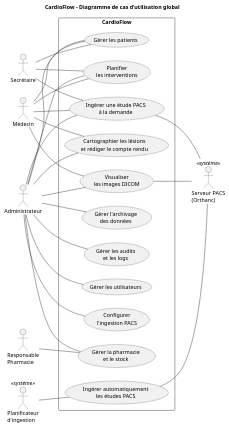
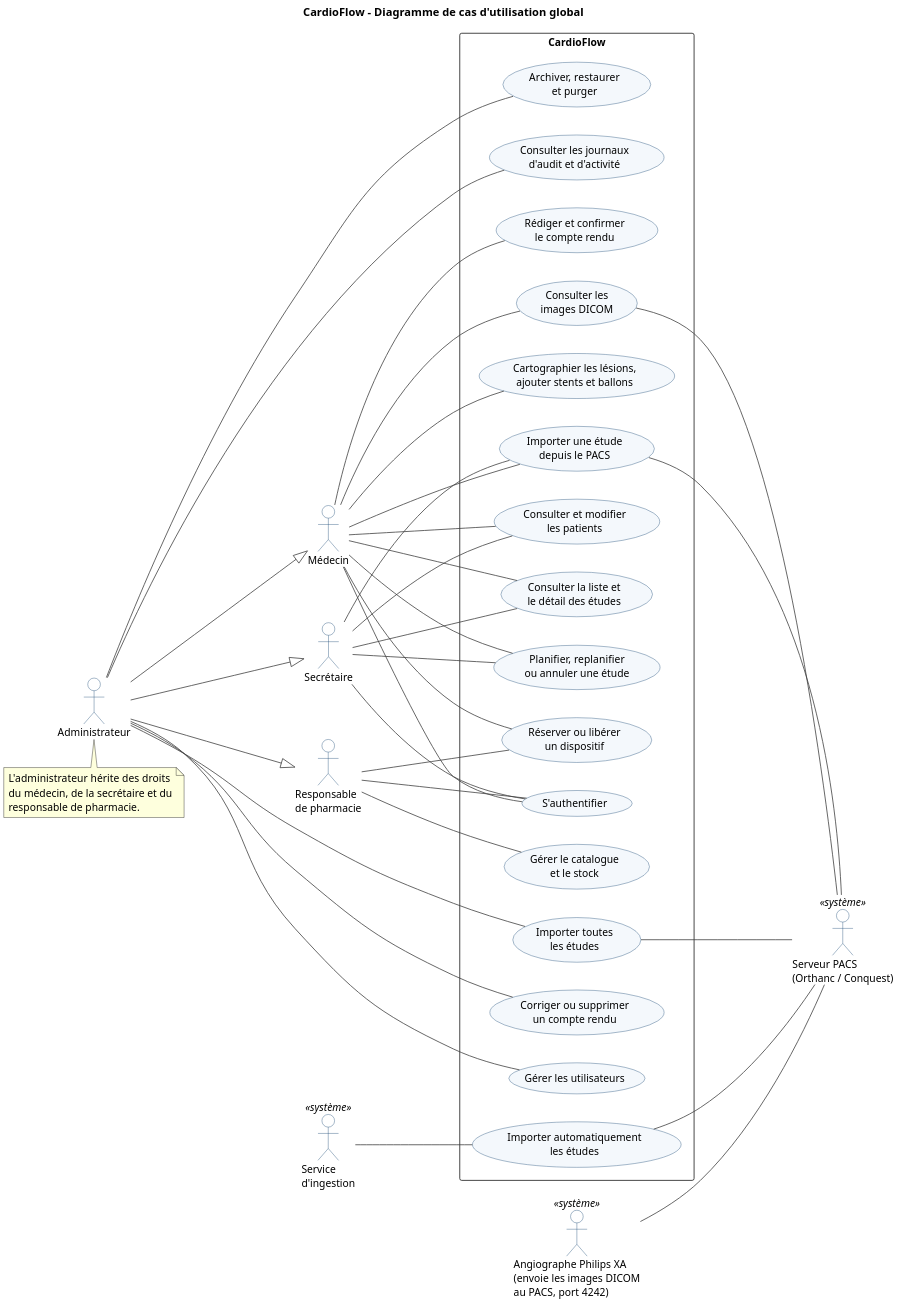
The diagram in docs/usecase.puml (Salma-Ben-Saida/CardioFlow), drawn with PlantUML before and after one commit. The commit also changed 15 other files, not shown here.

Commit message:
Update diagrams

```diff
--- a/docs/usecase.puml
+++ b/docs/usecase.puml
@@ -1,66 +1,99 @@
 @startuml "usecase-global"
 left to right direction
+skinparam shadowing false
+skinparam dpi 200
+skinparam defaultFontName Arial
+skinparam defaultFontSize 13
+skinparam nodesep 35
+skinparam ranksep 140
 skinparam packageStyle rectangle
-skinparam shadowing false
+skinparam usecase {
+  BackgroundColor #F4F8FC
+  BorderColor #1F4E79
+}
+skinparam actor {
+  BackgroundColor #FFFFFF
+  BorderColor #1F4E79
+}
+skinparam ArrowColor #404040
 title CardioFlow – Diagramme de cas d'utilisation global
 
-' ===== Acteurs principaux =====
 actor "Médecin" as Medecin
 actor "Secrétaire" as Secretaire
-actor "Responsable\nPharmacie" as Pharmacien
+actor "Responsable\nde pharmacie" as Pharmacien
 actor "Administrateur" as Admin
-actor "Planificateur\nd'ingestion" as Worker <<système>>
 
-' ===== Acteur secondaire =====
-actor "Serveur PACS\n(Orthanc)" as Orthanc <<système>>
+actor "Angiographe Philips XA\n(envoie les images DICOM\nau PACS, port 4242)" as Angio <<système>>
+actor "Serveur PACS\n(Orthanc / Conquest)" as Pacs <<système>>
+actor "Service\nd'ingestion" as Worker <<système>>
+
+' L'administrateur dispose des droits des trois autres rôles
+Admin --|> Medecin
+Admin --|> Secretaire
+Admin --|> Pharmacien
 
 rectangle "CardioFlow" {
-  usecase "Gérer les patients" as UC1
-  usecase "Planifier\nles interventions" as UC2
-  usecase "Ingérer une étude PACS\nà la demande" as UC3
-  usecase "Ingérer automatiquement\nles études PACS" as UC4
-  usecase "Visualiser\nles images DICOM" as UC5
-  usecase "Cartographier les lésions\net rédiger le compte rendu" as UC6
-  usecase "Gérer la pharmacie\net le stock" as UC7
-  usecase "Gérer les utilisateurs" as UC8
-  usecase "Configurer\nl'ingestion PACS" as UC9
-  usecase "Gérer l'archivage\ndes données" as UC10
-  usecase "Gérer les audits\net les logs" as UC11
+  usecase "S'authentifier" as UC0
+
+  usecase "Consulter et modifier\nles patients" as UC1
+  usecase "Consulter la liste et\nle détail des études" as UC2
+  usecase "Planifier, replanifier\nou annuler une étude" as UC3
+  usecase "Importer une étude\ndepuis le PACS" as UC4
+  usecase "Importer toutes\nles études" as UC5
+  usecase "Importer automatiquement\nles études" as UC6
+
+  usecase "Cartographier les lésions,\najouter stents et ballons" as UC7
+  usecase "Rédiger et confirmer\nle compte rendu" as UC8
+  usecase "Corriger ou supprimer\nun compte rendu" as UC9
+  usecase "Consulter les\nimages DICOM" as UC10
+
+  usecase "Gérer le catalogue\net le stock" as UC11
+  usecase "Réserver ou libérer\nun dispositif" as UC12
+
+  usecase "Gérer les utilisateurs" as UC13
+  usecase "Archiver, restaurer\net purger" as UC14
+  usecase "Consulter les journaux\nd'audit et d'activité" as UC15
 }
 
-' ===== Associations : Médecin =====
+' Acteurs humains (l'administrateur hérite des trois autres rôles)
+Pharmacien -- UC0
+Secretaire -- UC0
+Medecin -- UC0
+
+Secretaire -- UC1
+Secretaire -- UC2
+Secretaire -- UC3
+Secretaire -- UC4
+
+Medecin -- UC7
+Medecin -- UC8
+Medecin -- UC10
+Medecin -- UC12
 Medecin -- UC1
 Medecin -- UC2
 Medecin -- UC3
-Medecin -- UC5
-Medecin -- UC6
+Medecin -- UC4
 
-' ===== Associations : Secrétaire =====
-Secretaire -- UC1
-Secretaire -- UC2
-Secretaire -- UC3
+Pharmacien -- UC11
+Pharmacien -- UC12
 
-' ===== Associations : Responsable pharmacie =====
-Pharmacien -- UC7
+Admin -- UC5
+Admin -- UC9
+Admin -- UC13
+Admin -- UC14
+Admin -- UC15
 
-' ===== Associations : Administrateur =====
-Admin -- UC1
-Admin -- UC2
-Admin -- UC3
-Admin -- UC5
-Admin -- UC6
-Admin -- UC7
-Admin -- UC8
-Admin -- UC9
-Admin -- UC10
-Admin -- UC11
+' Systèmes externes
+Worker -- UC6
+UC4 -- Pacs
+UC5 -- Pacs
+UC6 -- Pacs
+UC10 -- Pacs
+Angio -down- Pacs
 
-' ===== Acteur système déclencheur =====
-Worker -- UC4
-
-' ===== Acteur secondaire : Orthanc =====
-UC3 -- Orthanc
-UC4 -- Orthanc
-UC5 -- Orthanc
-
+note bottom of Admin
+  L'administrateur hérite des droits
+  du médecin, de la secrétaire et du
+  responsable de pharmacie.
+end note
 @enduml
```
